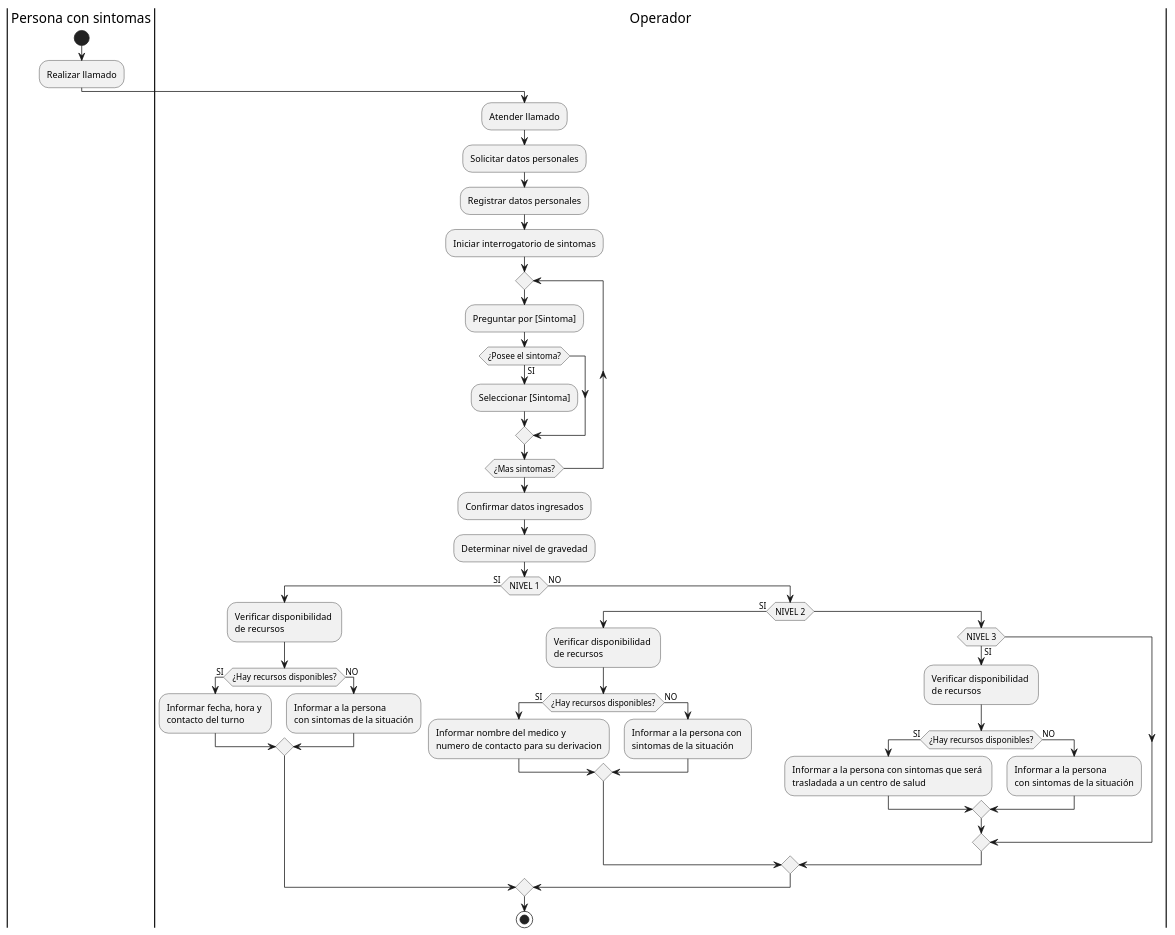
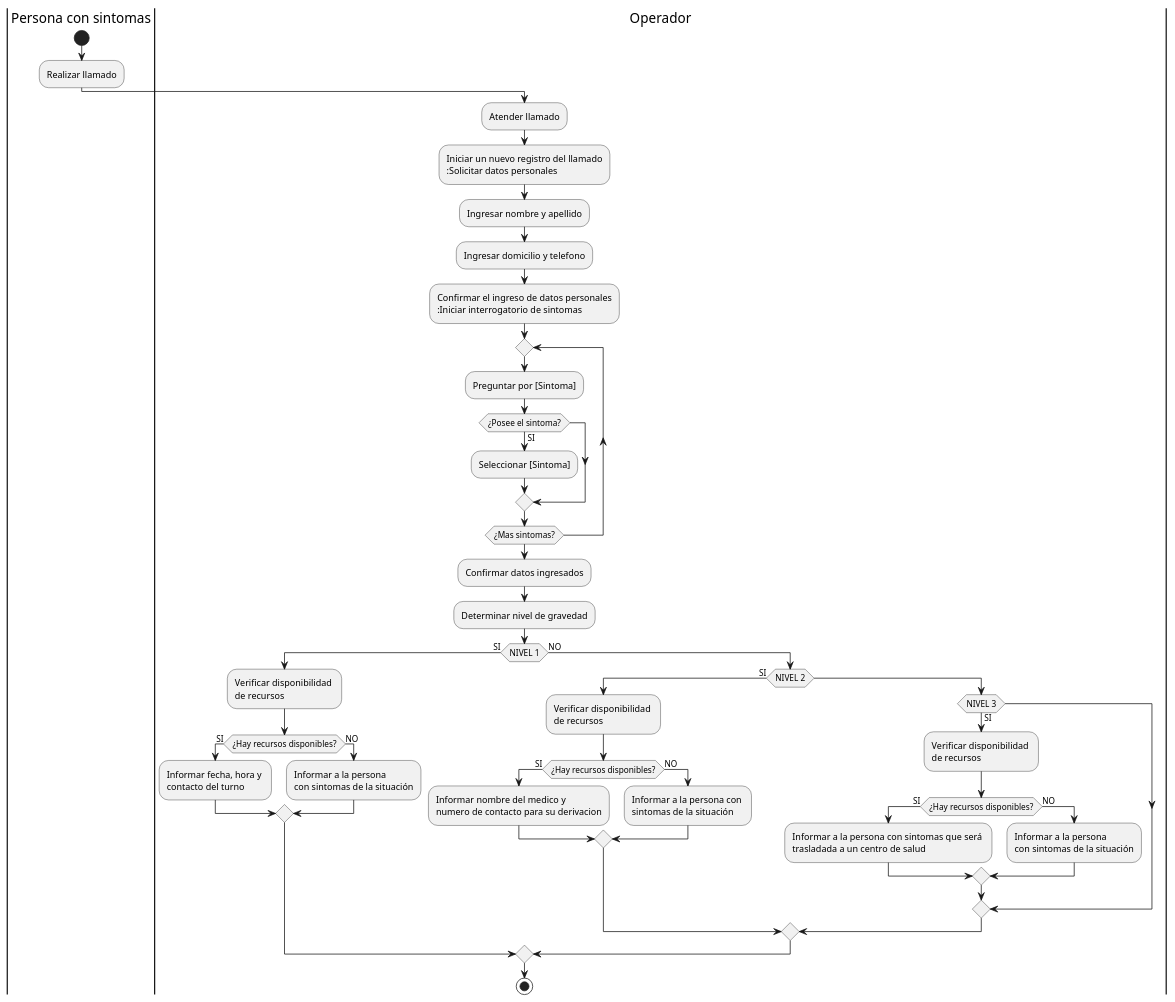
The diagram in activity.puml (jgraneros/Centro-de-atencion-de-llamadas), drawn with PlantUML before and after one commit. The commit also changed 3 other files, not shown here.

Commit message:
correcciones en el diagrama de actividad, se creo el diagreama de seq y se agrego el escenario de exito para lregistrar llamadas

```diff
--- a/activity.puml
+++ b/activity.puml
@@ -1,46 +1,49 @@
 @startuml
 |Persona con sintomas|
 start
     :Realizar llamado;
 |Operador|
     :Atender llamado;
+    :Iniciar un nuevo registro del llamado
     :Solicitar datos personales;
-    :Registrar datos personales;
+    :Ingresar nombre y apellido;
+    :Ingresar domicilio y telefono;
+    :Confirmar el ingreso de datos personales
     :Iniciar interrogatorio de sintomas;
     repeat
         :Preguntar por [Sintoma];
         if (¿Posee el sintoma?) then (SI)
             :Seleccionar [Sintoma];
         endif
     repeat while  (¿Mas sintomas?)
     :Confirmar datos ingresados;
     :Determinar nivel de gravedad;
     if (NIVEL 1) then (SI)
         :Verificar disponibilidad \nde recursos; 
         if (¿Hay recursos disponibles?) then (SI)
             :Informar fecha, hora y \ncontacto del turno;
         else (NO)
             :Informar a la persona \ncon sintomas de la situación;
         endif
     else (NO)
         if (NIVEL 2) then (SI)
             :Verificar disponibilidad \nde recursos; 
             if (¿Hay recursos disponibles?) then (SI)
                 :Informar nombre del medico y \nnumero de contacto para su derivacion;
             else (NO)
                 :Informar a la persona con \nsintomas de la situación;
             endif
         else 
             if (NIVEL 3) then (SI)
                 :Verificar disponibilidad \nde recursos; 
                 if (¿Hay recursos disponibles?) then (SI)
                     :Informar a la persona con sintomas que será \ntrasladada a un centro de salud;
                 else (NO)
                     :Informar a la persona \ncon sintomas de la situación;
                 endif
             endif
         endif
     endif
     
 stop
 @enduml
```
